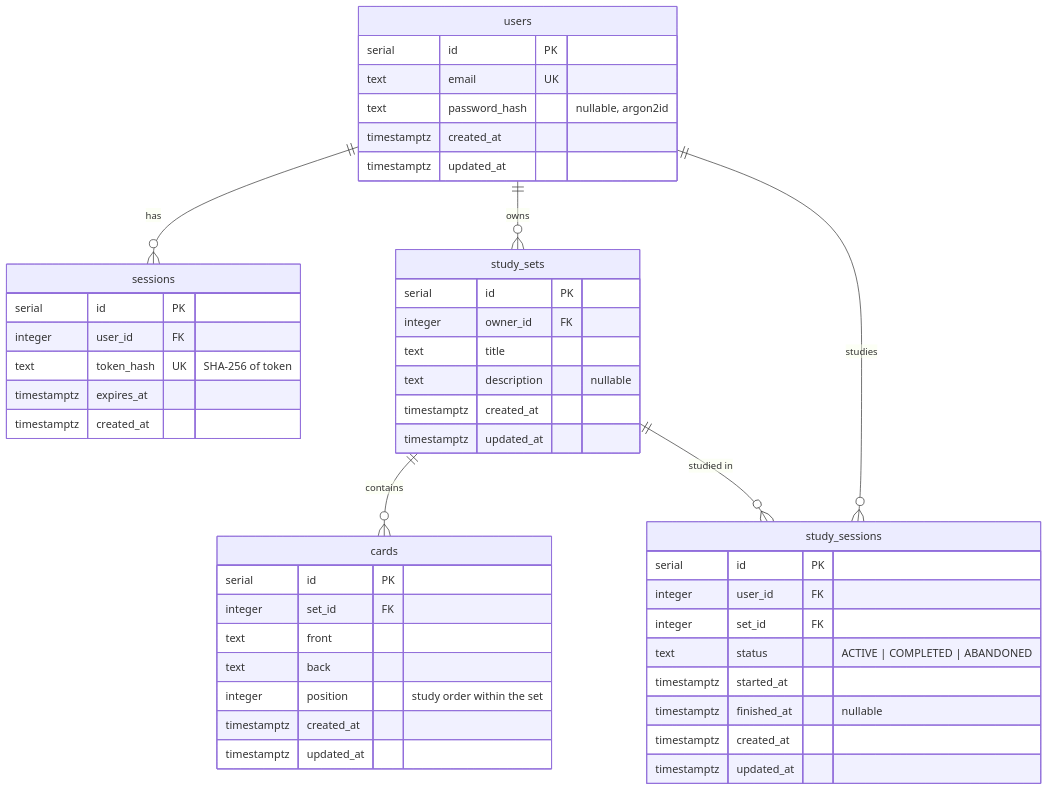
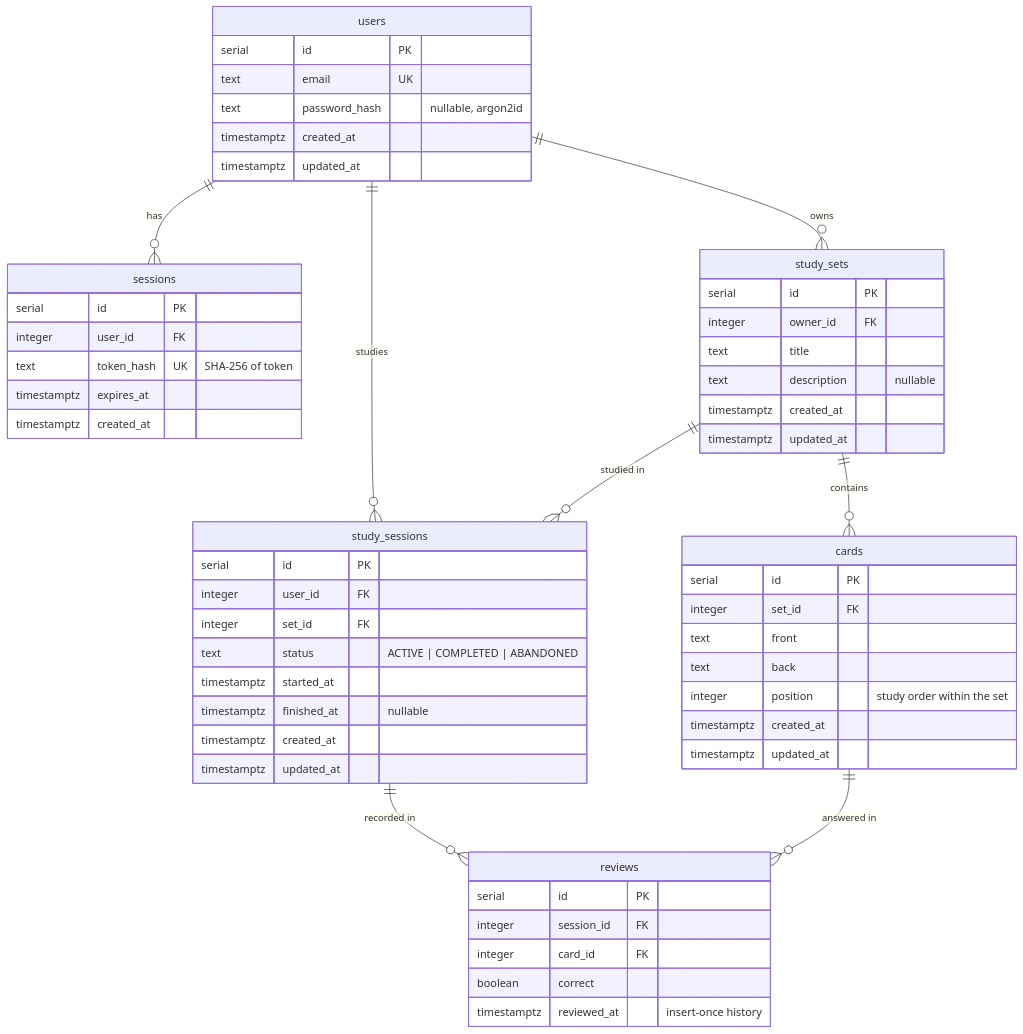
One commit to danisolation/recall changed the diagram in docs/database/schema.md. Above: the diagram before and after it, drawn with Mermaid. The commit also changed other lines of this file and 5 other files, not shown here.

````diff
--- a/docs/database/schema.md
+++ b/docs/database/schema.md
@@ -75,49 +87,58 @@
 ```mermaid
 erDiagram
     users ||--o{ sessions : "has"
     users ||--o{ study_sets : "owns"
     study_sets ||--o{ cards : "contains"
     users ||--o{ study_sessions : "studies"
     study_sets ||--o{ study_sessions : "studied in"
+    study_sessions ||--o{ reviews : "recorded in"
+    cards ||--o{ reviews : "answered in"
     users {
         serial id PK
         text email UK
         text password_hash "nullable, argon2id"
         timestamptz created_at
         timestamptz updated_at
     }
     sessions {
         serial id PK
         integer user_id FK
         text token_hash UK "SHA-256 of token"
         timestamptz expires_at
         timestamptz created_at
     }
     study_sets {
         serial id PK
         integer owner_id FK
         text title
         text description "nullable"
         timestamptz created_at
         timestamptz updated_at
     }
     cards {
         serial id PK
         integer set_id FK
         text front
         text back
         integer position "study order within the set"
         timestamptz created_at
         timestamptz updated_at
     }
     study_sessions {
         serial id PK
         integer user_id FK
         integer set_id FK
         text status "ACTIVE | COMPLETED | ABANDONED"
         timestamptz started_at
         timestamptz finished_at "nullable"
         timestamptz created_at
         timestamptz updated_at
     }
+    reviews {
+        serial id PK
+        integer session_id FK
+        integer card_id FK
+        boolean correct
+        timestamptz reviewed_at "insert-once history"
+    }
 ```
````
